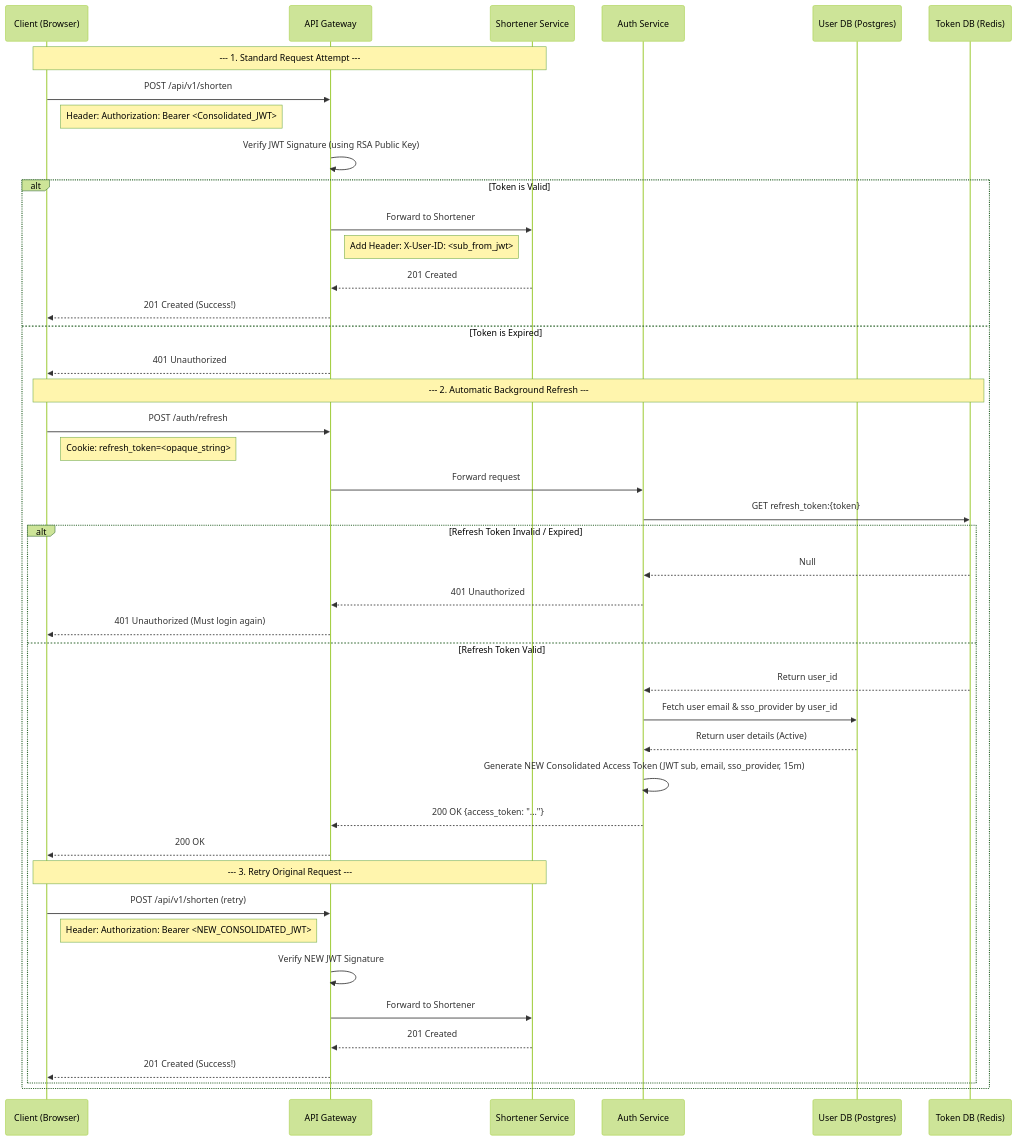
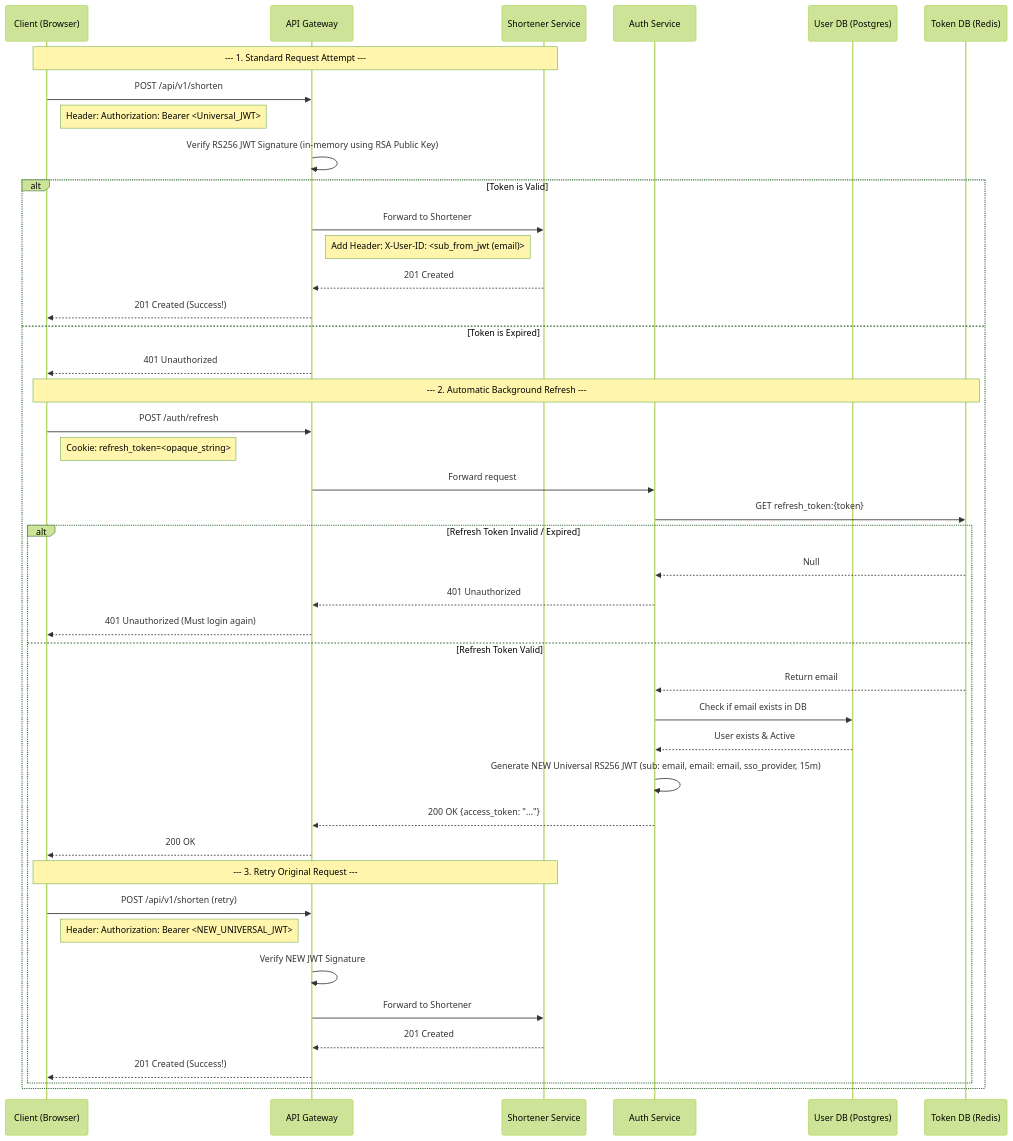
Before and after one commit to boycececil666gmailcom/Microservice-Auth-Platform: the third of 4 diagrams in design/auth/01-auth-flow.md, drawn with Mermaid (forest theme). The commit also changed other lines of this file, not shown here.

Commit message:
docs: add authentication flow design documentation including token issuance, OIDC, and rotation flows

````diff
--- a/design/auth/01-auth-flow.md
+++ b/design/auth/01-auth-flow.md
@@ -96,54 +96,54 @@
 ```mermaid
 sequenceDiagram
     participant C as Client (Browser)
     participant G as API Gateway
     participant S as Shortener Service
     participant A as Auth Service
     participant PG as User DB (Postgres)
     participant R as Token DB (Redis)
 
     Note over C,S: --- 1. Standard Request Attempt ---
     C->>G: POST /api/v1/shorten
-    Note right of C: Header: Authorization: Bearer <Consolidated_JWT>
+    Note right of C: Header: Authorization: Bearer <Universal_JWT>
     
-    G->>G: Verify JWT Signature (using RSA Public Key)
+    G->>G: Verify RS256 JWT Signature (in-memory using RSA Public Key)
     
     alt Token is Valid
         G->>S: Forward to Shortener
-        Note right of G: Add Header: X-User-ID: <sub_from_jwt>
+        Note right of G: Add Header: X-User-ID: <sub_from_jwt (email)>
         S-->>G: 201 Created
         G-->>C: 201 Created (Success!)
         
     else Token is Expired
         G-->>C: 401 Unauthorized
         
         Note over C,R: --- 2. Automatic Background Refresh ---
         C->>G: POST /auth/refresh
         Note right of C: Cookie: refresh_token=<opaque_string>
         
         G->>A: Forward request
         A->>R: GET refresh_token:{token}
         
         alt Refresh Token Invalid / Expired
             R-->>A: Null
             A-->>G: 401 Unauthorized
             G-->>C: 401 Unauthorized (Must login again)
             
         else Refresh Token Valid
-            R-->>A: Return user_id
-            A->>PG: Fetch user email & sso_provider by user_id
-            PG-->>A: Return user details (Active)
-            A->>A: Generate NEW Consolidated Access Token (JWT sub, email, sso_provider, 15m)
+            R-->>A: Return email
+            A->>PG: Check if email exists in DB
+            PG-->>A: User exists & Active
+            A->>A: Generate NEW Universal RS256 JWT (sub: email, email: email, sso_provider, 15m)
             A-->>G: 200 OK {access_token: "..."}
             G-->>C: 200 OK
             
             Note over C,S: --- 3. Retry Original Request ---
             C->>G: POST /api/v1/shorten (retry)
-            Note right of C: Header: Authorization: Bearer <NEW_CONSOLIDATED_JWT>
+            Note right of C: Header: Authorization: Bearer <NEW_UNIVERSAL_JWT>
             G->>G: Verify NEW JWT Signature
             G->>S: Forward to Shortener
             S-->>G: 201 Created
             G-->>C: 201 Created (Success!)
         end
     end
 ```
````
